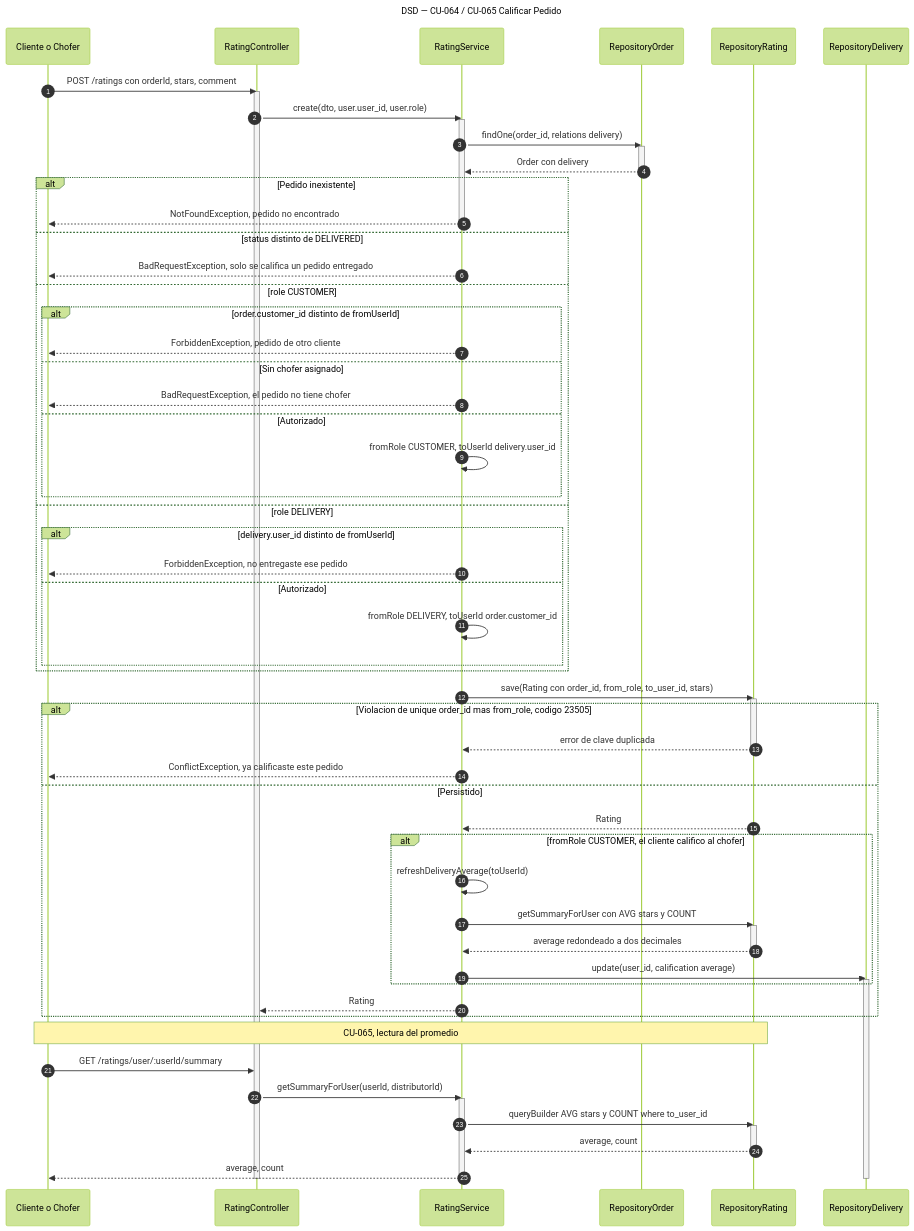
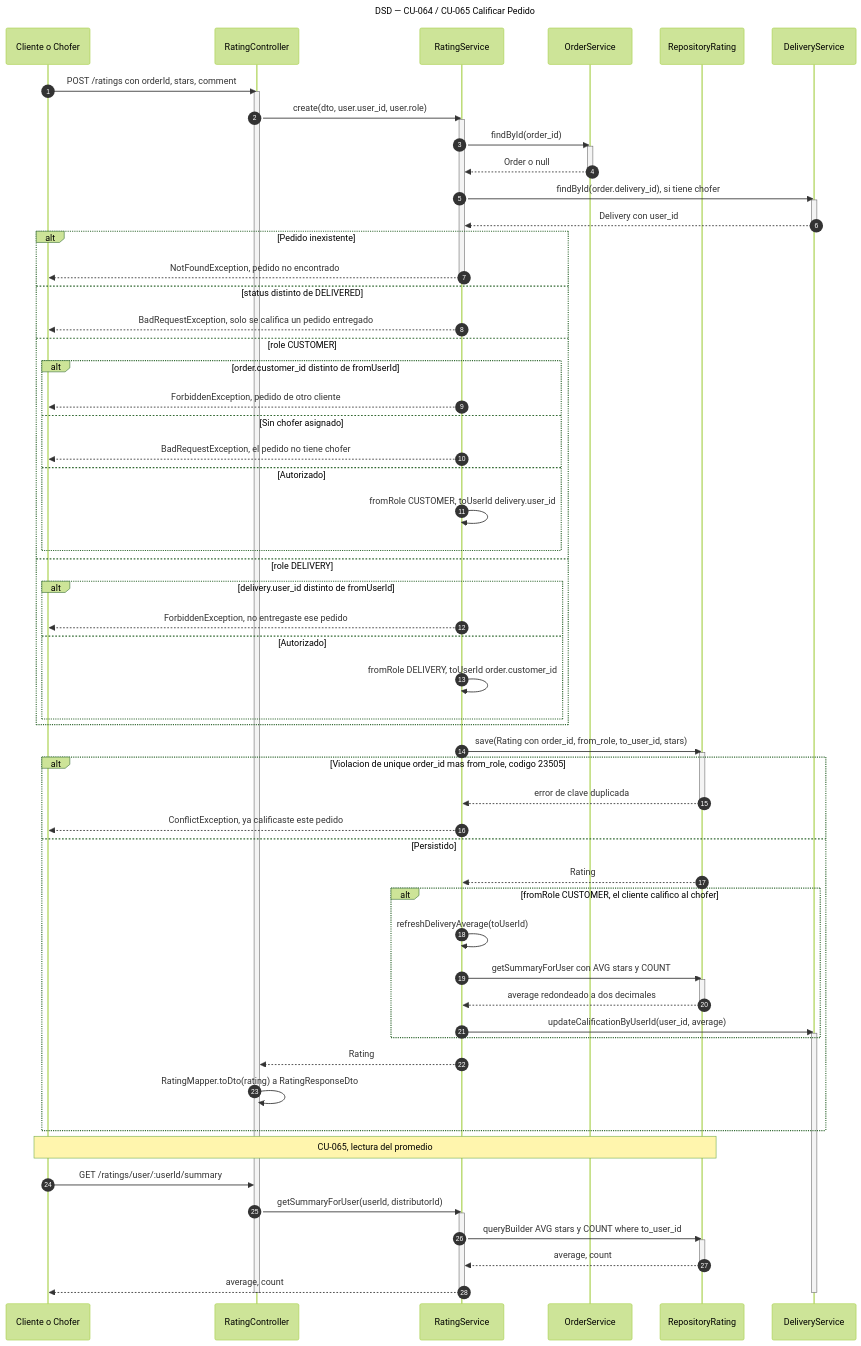
One commit to Nahuelito-Dev/splg-docs changed the diagram in diagramas/DSD_CU-064_CU-065_Calificar-Pedido.mmd. Above: the diagram before and after it, drawn with Mermaid (forest theme). The commit also changed 3 other files, not shown here.

Commit message:
docs(dsd): calificaciones por OrderService y DeliveryService

```diff
--- a/diagramas/DSD_CU-064_CU-065_Calificar-Pedido.mmd
+++ b/diagramas/DSD_CU-064_CU-065_Calificar-Pedido.mmd
@@ -1,71 +1,76 @@
 sequenceDiagram
     title DSD — CU-064 / CU-065 Calificar Pedido
     autonumber
     participant ACT as Cliente o Chofer
     participant CTRL as RatingController
     participant RS as RatingService
-    participant OREP as RepositoryOrder
+    participant OSRV as OrderService
     participant RREP as RepositoryRating
-    participant DREP as RepositoryDelivery
+    participant DSRV as DeliveryService
 
     ACT->>CTRL: POST /ratings con orderId, stars, comment
     activate CTRL
     CTRL->>RS: create(dto, user.user_id, user.role)
     activate RS
-    RS->>OREP: findOne(order_id, relations delivery)
-    activate OREP
-    OREP-->>RS: Order con delivery
-    deactivate OREP
+    RS->>OSRV: findById(order_id)
+    activate OSRV
+    OSRV-->>RS: Order o null
+    deactivate OSRV
+    RS->>DSRV: findById(order.delivery_id), si tiene chofer
+    activate DSRV
+    DSRV-->>RS: Delivery con user_id
+    deactivate DSRV
     alt Pedido inexistente
         RS-->>ACT: NotFoundException, pedido no encontrado
         deactivate RS
     else status distinto de DELIVERED
         RS-->>ACT: BadRequestException, solo se califica un pedido entregado
     else role CUSTOMER
         alt order.customer_id distinto de fromUserId
             RS-->>ACT: ForbiddenException, pedido de otro cliente
         else Sin chofer asignado
             RS-->>ACT: BadRequestException, el pedido no tiene chofer
         else Autorizado
             RS->>RS: fromRole CUSTOMER, toUserId delivery.user_id
         end
     else role DELIVERY
         alt delivery.user_id distinto de fromUserId
             RS-->>ACT: ForbiddenException, no entregaste ese pedido
         else Autorizado
             RS->>RS: fromRole DELIVERY, toUserId order.customer_id
         end
     end
 
     RS->>RREP: save(Rating con order_id, from_role, to_user_id, stars)
     activate RREP
     alt Violacion de unique order_id mas from_role, codigo 23505
         RREP-->>RS: error de clave duplicada
         deactivate RREP
         RS-->>ACT: ConflictException, ya calificaste este pedido
     else Persistido
         RREP-->>RS: Rating
         alt fromRole CUSTOMER, el cliente califico al chofer
             RS->>RS: refreshDeliveryAverage(toUserId)
             RS->>RREP: getSummaryForUser con AVG stars y COUNT
             activate RREP
             RREP-->>RS: average redondeado a dos decimales
             deactivate RREP
-            RS->>DREP: update(user_id, calification average)
-            activate DREP
+            RS->>DSRV: updateCalificationByUserId(user_id, average)
+            activate DSRV
         end
         RS-->>CTRL: Rating
+        CTRL->>CTRL: RatingMapper.toDto(rating) a RatingResponseDto
     end
 
     Note over ACT,RREP: CU-065, lectura del promedio
     ACT->>CTRL: GET /ratings/user/:userId/summary
     CTRL->>RS: getSummaryForUser(userId, distributorId)
     activate RS
     RS->>RREP: queryBuilder AVG stars y COUNT where to_user_id
     activate RREP
     RREP-->>RS: average, count
     deactivate RREP
     RS-->>ACT: average, count
     deactivate RS
-    deactivate DREP
+    deactivate DSRV
     deactivate CTRL
```
